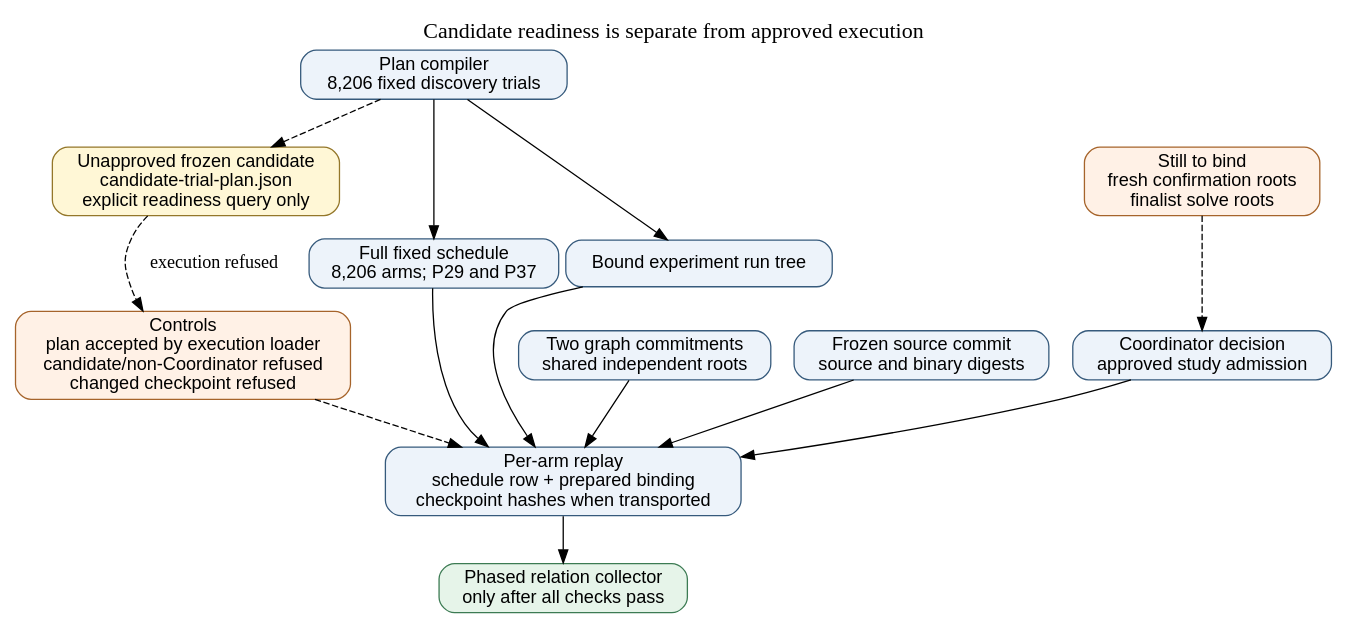
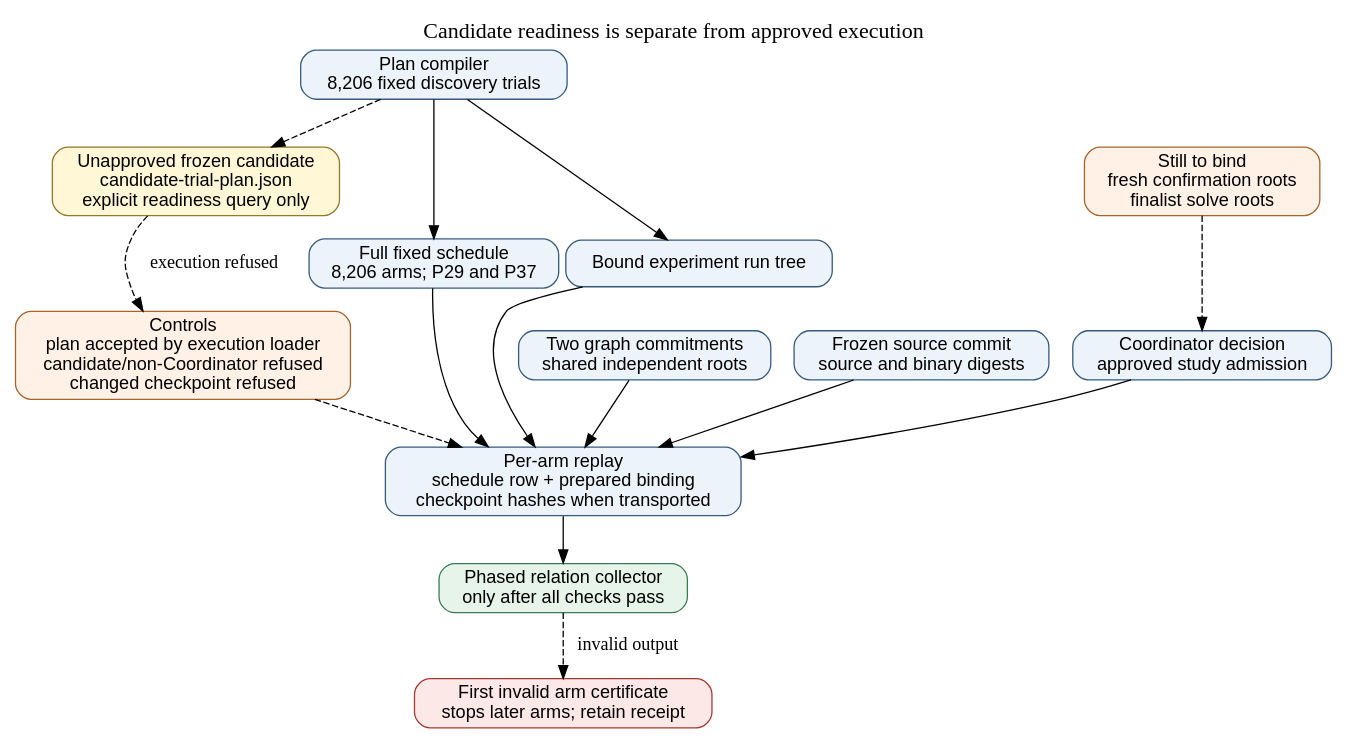
One commit to aburan28/crypto-autoresearcher changed the diagram in research/isogeny_relation_yield_scan_20261016/graph_plan_20261023/diagram.dot. Above: the diagram before and after it, drawn with Graphviz. The commit also changed 9 other files, not shown here.

Commit message:
Stop graph discovery after invalid arm certificates

```diff
--- a/research/isogeny_relation_yield_scan_20261016/graph_plan_20261023/diagram.dot
+++ b/research/isogeny_relation_yield_scan_20261016/graph_plan_20261023/diagram.dot
@@ -1,27 +1,29 @@
 digraph G {
   graph [rankdir=TB, bgcolor="white", label="Candidate readiness is separate from approved execution", labelloc=t, fontsize=17];
   node [shape=box, style="rounded,filled", fillcolor="#edf3fa", color="#365a7c", fontname="Helvetica"];
   approved [label="Coordinator decision\napproved study admission"];
   compiler [label="Plan compiler\n8,206 fixed discovery trials"];
   candidate [label="Unapproved frozen candidate\ncandidate-trial-plan.json\nexplicit readiness query only", fillcolor="#fff7d6", color="#94772a"];
   schedule [label="Full fixed schedule\n8,206 arms; P29 and P37"];
   roots [label="Two graph commitments\nshared independent roots"];
   sources [label="Frozen source commit\nsource and binary digests"];
   output [label="Bound experiment run tree"];
   perarm [label="Per-arm replay\nschedule row + prepared binding\ncheckpoint hashes when transported"];
   launch [label="Phased relation collector\nonly after all checks pass", fillcolor="#e6f4e9", color="#3c7b53"];
+  stop [label="First invalid arm certificate\nstops later arms; retain receipt", fillcolor="#fce8e6", color="#a33a32"];
   controls [label="Controls\nplan accepted by execution loader\ncandidate/non-Coordinator refused\nchanged checkpoint refused", fillcolor="#fff1e6", color="#a6642b"];
   stages [label="Still to bind\nfresh confirmation roots\nfinalist solve roots", fillcolor="#fff1e6", color="#a6642b"];
   compiler -> candidate [style=dashed];
   candidate -> controls [style=dashed, label="execution refused"];
   compiler -> schedule;
   compiler -> output;
   approved -> perarm;
   schedule -> perarm;
   roots -> perarm;
   sources -> perarm;
   output -> perarm;
   perarm -> launch;
+  launch -> stop [style=dashed, label="invalid output"];
   controls -> perarm [style=dashed];
   stages -> approved [style=dashed];
 }
```
